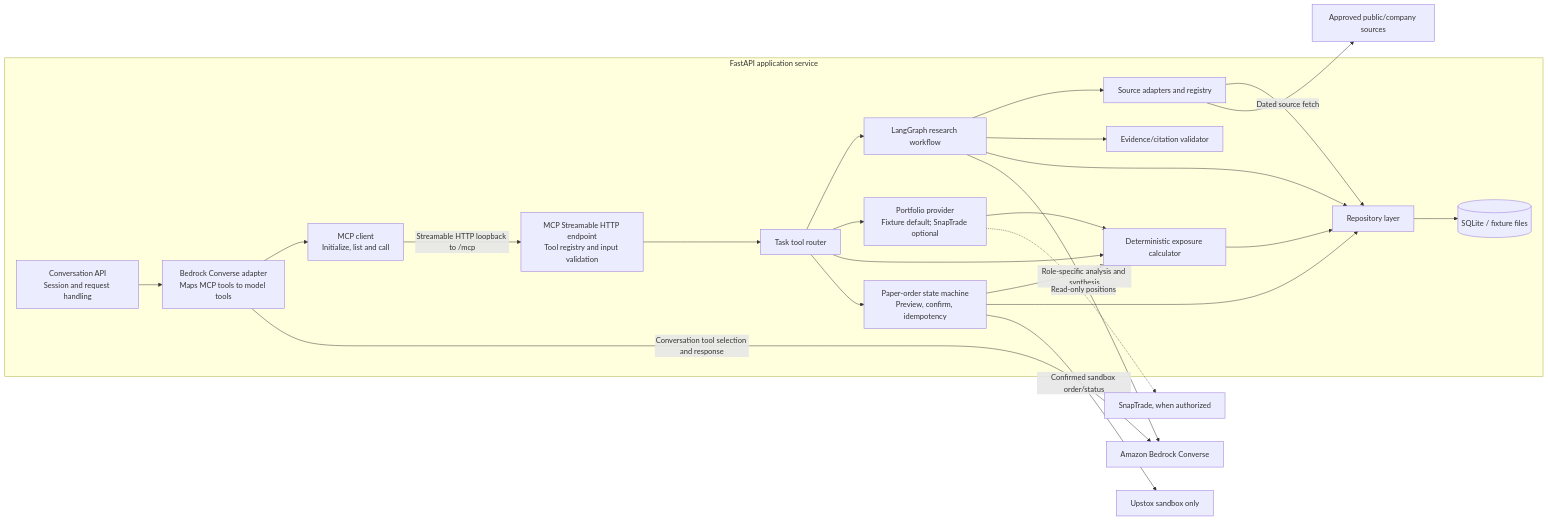
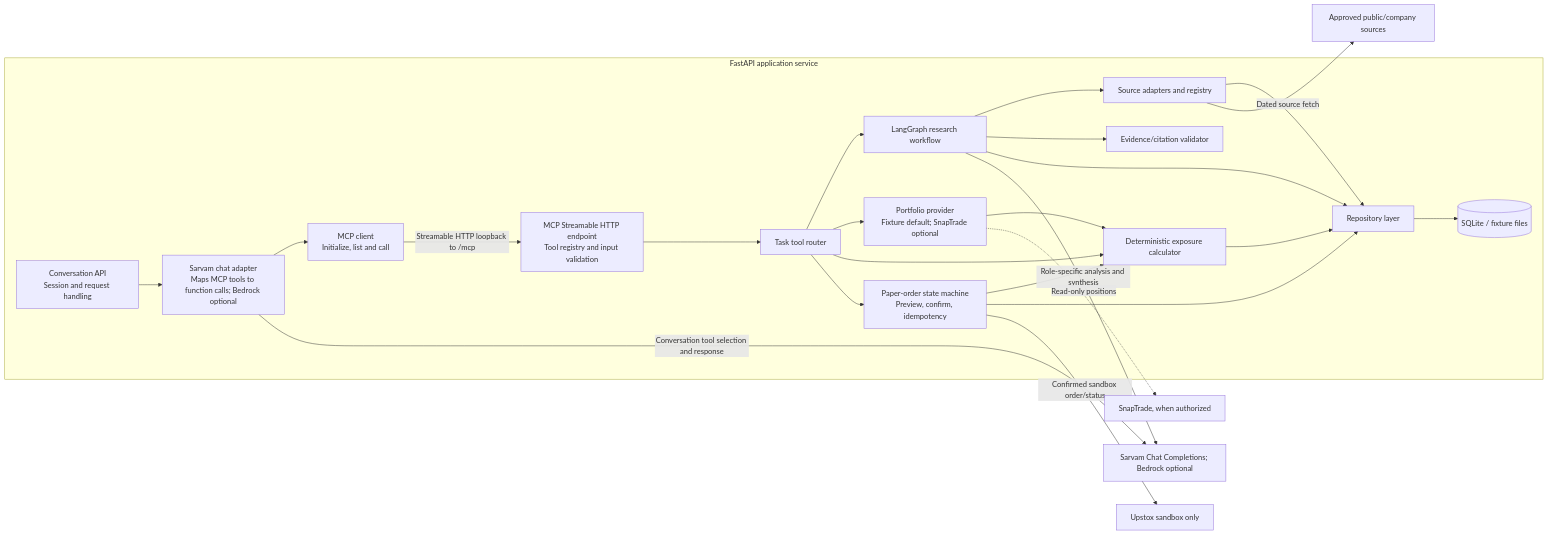
The fourth of 8 diagrams in README.md (BlueWaves-afk/market-assistant), drawn with Mermaid before and after one commit. The commit also changed other lines of this file and 13 other files, not shown here.

````diff
--- a/README.md
+++ b/README.md
@@ -175,47 +175,47 @@
 ```mermaid
 flowchart LR
     subgraph App["FastAPI application service"]
         Chat["Conversation API<br/>Session and request handling"]
-        ConverseAdapter["Bedrock Converse adapter<br/>Maps MCP tools to model tools"]
+        ConverseAdapter["Sarvam chat adapter<br/>Maps MCP tools to function calls; Bedrock optional"]
         MCPClient["MCP client<br/>Initialize, list and call"]
         MCPEndpoint["MCP Streamable HTTP endpoint<br/>Tool registry and input validation"]
         ToolRouter["Task tool router"]
         Research["LangGraph research workflow"]
         Sources["Source adapters and registry"]
         Validator["Evidence/citation validator"]
         Portfolio["Portfolio provider<br/>Fixture default; SnapTrade optional"]
         Exposure["Deterministic exposure calculator"]
         Orders["Paper-order state machine<br/>Preview, confirm, idempotency"]
         Store["Repository layer"]
         DB[("SQLite / fixture files")]
 
         Chat --> ConverseAdapter
         ConverseAdapter --> MCPClient
         MCPClient -->|Streamable HTTP loopback to /mcp| MCPEndpoint
         MCPEndpoint --> ToolRouter
         ToolRouter --> Research
         ToolRouter --> Portfolio
         ToolRouter --> Exposure
         ToolRouter --> Orders
         Research --> Sources
         Research --> Validator
         Research --> Store
         Portfolio --> Exposure
         Exposure --> Store
         Orders --> Exposure
         Orders --> Store
         Sources --> Store
         Store --> DB
     end
 
-    Bedrock["Amazon Bedrock Converse"]
+    ModelProvider["Sarvam Chat Completions; Bedrock optional"]
     PublicSources["Approved public/company sources"]
     SnapTrade["SnapTrade, when authorized"]
     Upstox["Upstox sandbox only"]
 
-    ConverseAdapter -->|Conversation tool selection and response| Bedrock
-    Research -->|Role-specific analysis and synthesis| Bedrock
+    ConverseAdapter -->|Conversation tool selection and response| ModelProvider
+    Research -->|Role-specific analysis and synthesis| ModelProvider
     Sources -->|Dated source fetch| PublicSources
     Portfolio -.->|Read-only positions| SnapTrade
     Orders -->|Confirmed sandbox order/status| Upstox
 ```
````
